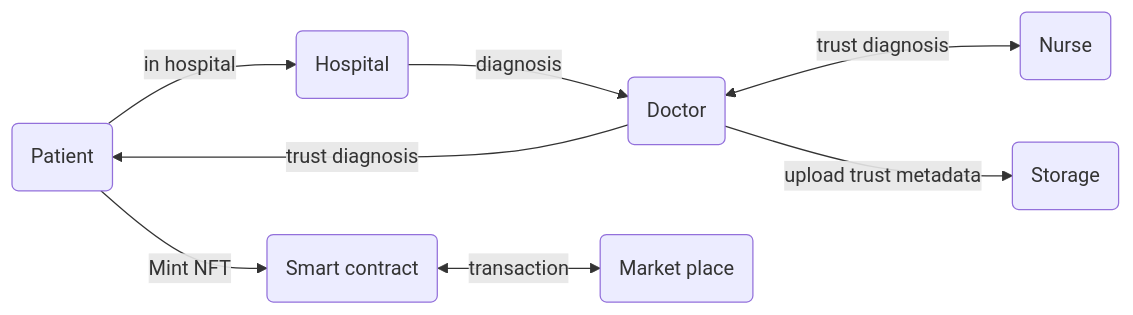
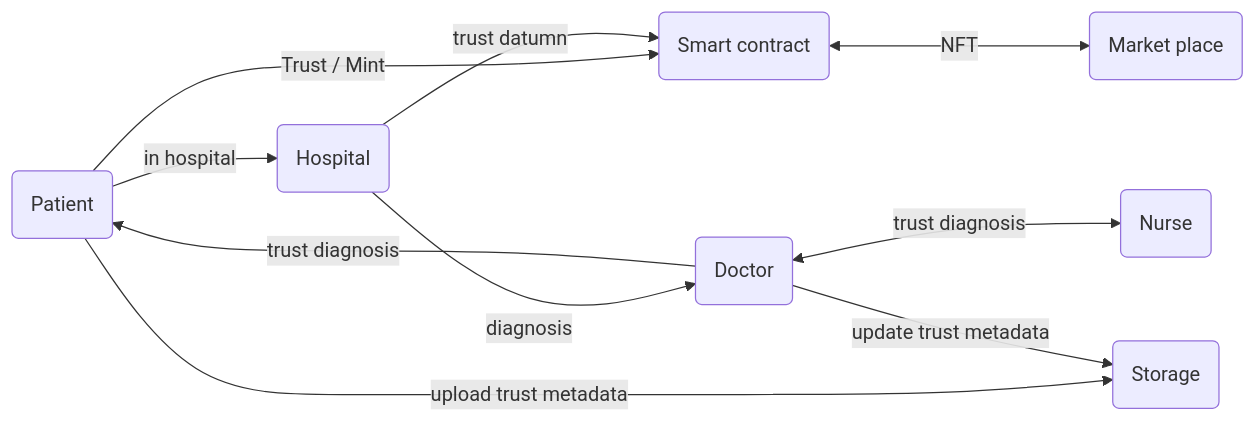
One commit to knight-y-j/mock-medical-phr-app changed the first of 4 diagrams in mock/doc/architecture/trust.index.md. Above: the diagram before and after it, drawn with Mermaid. The commit also changed other lines of this file and 15 other files, not shown here.

````diff
--- a/mock/doc/architecture/trust.index.md
+++ b/mock/doc/architecture/trust.index.md
@@ -13,9 +13,12 @@
 ```mermaid
   flowchart LR
     id1(Patient) -- in hospital --> id2(Hospital)
     id2(Hospital) -- diagnosis --> id3(Doctor) -- trust diagnosis --> id1
     id3(Doctor) <-- trust diagnosis --> id4(Nurse)
-    id1(Patient) -- Mint NFT --> id5(Smart contract)
-    id3(Doctor) -- upload trust metadata --> id6(Storage)
-    id5(Smart contract) <-- transaction --> id7(Market place)
+    id1(Patient) -- Trust / Mint --> id5(Smart contract)
+    id1(Patient) -- upload trust metadata --> id6(Storage)
+    id3(Doctor) -- update trust metadata --> id6(Storage)
+    id5(Smart contract) <-- NFT --> id7(Market place)
+
+    id2(Hospital) -- trust datumn --> id5(Smart contract) 
 ```
````
